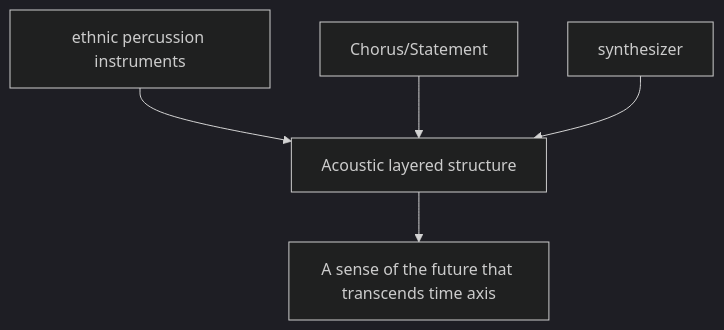
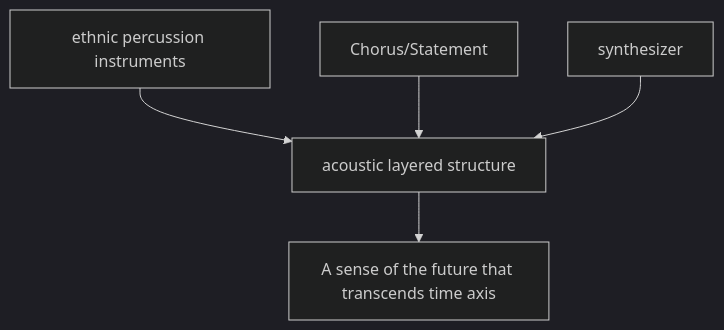
The second of 3 diagrams in en/_posts/2026-02-28-column-akira.md (monumental-movement/monumental-movement.github.io), drawn with Mermaid (dark theme) before and after one commit. The commit also changed other lines of this file and 801 other files, not shown here.

```diff
--- a/en/_posts/2026-02-28-column-akira.md
+++ b/en/_posts/2026-02-28-column-akira.md
@@ -101,7 +101,7 @@
 <div class="mermaid">
 flowchart TD
-A[ethnic percussion instruments] --> D[Acoustic layered structure]
+A[ethnic percussion instruments] --> D[acoustic layered structure]
 B[Chorus/Statement] --> D
 C[synthesizer] --> D
 D --> E[A sense of the future that transcends time axis]
 </div>
```
